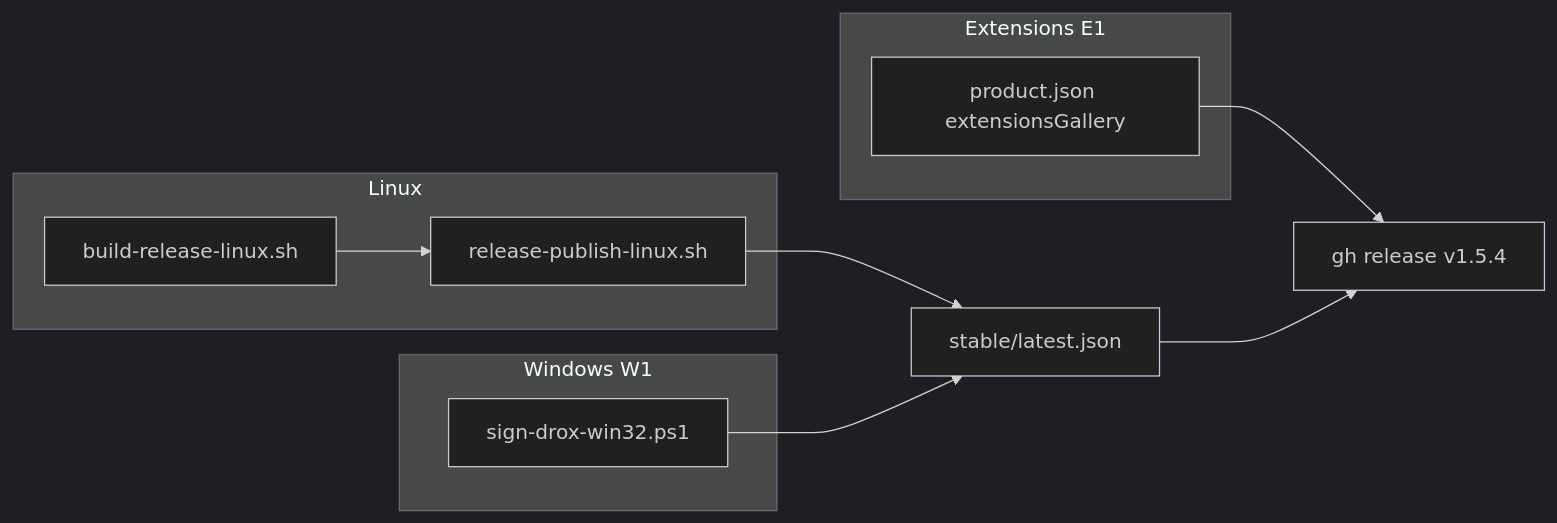
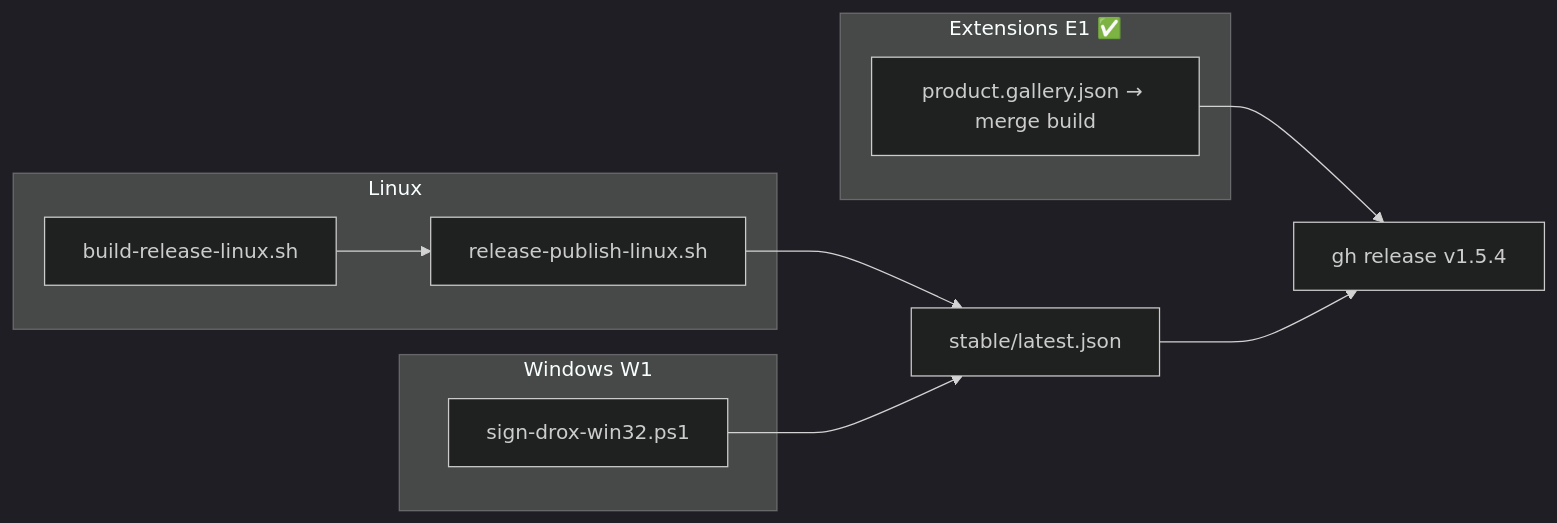
Before and after one commit to DroxKiwi/Drox---IDE: the diagram in drox-engine/docs/1.5/1.5.4/PLAN-1.5.4.md, drawn with Mermaid (dark theme). The commit also changed other lines of this file and 827 other files, not shown here.

````diff
--- a/drox-engine/docs/1.5/1.5.4/PLAN-1.5.4.md
+++ b/drox-engine/docs/1.5/1.5.4/PLAN-1.5.4.md
@@ -145,19 +147,19 @@
 ```mermaid
 flowchart LR
   subgraph LIN["Linux"]
     B["build-release-linux.sh"]
     P["release-publish-linux.sh"]
   end
   subgraph WIN["Windows W1"]
     S["sign-drox-win32.ps1"]
   end
-  subgraph EXT["Extensions E1"]
-    X["product.json extensionsGallery"]
+  subgraph EXT["Extensions E1 ✅"]
+    X["product.gallery.json → merge build"]
   end
   M["stable/latest.json"]
   R["gh release v1.5.4"]
   B --> P --> M
   S --> M
   X --> R
   M --> R
 ```
````
